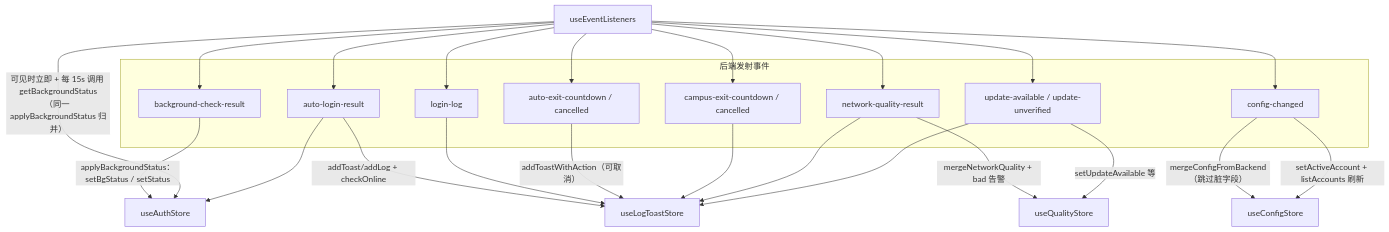
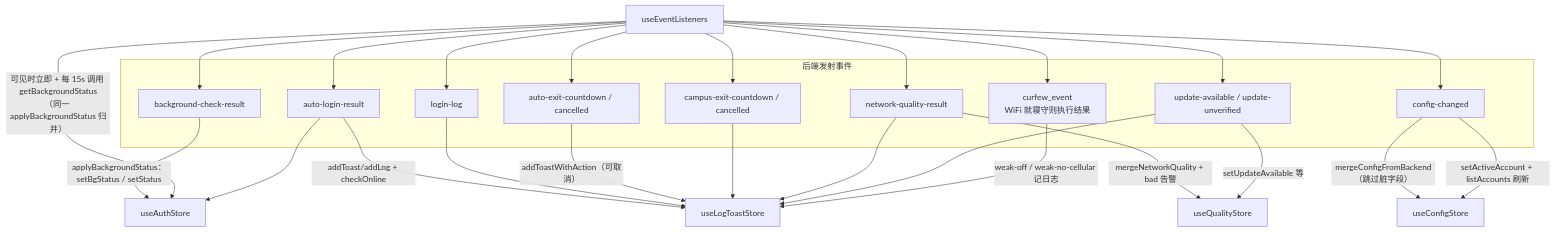
One commit to ikliml666/Wxxy-CampusLogin changed the fifth of 7 diagrams in .codewiki/modules/android-frontend-hooks-startup-orchestration.md. Above: the diagram before and after it, drawn with Mermaid. The commit also changed other lines of this file and 12 other files, not shown here.

````diff
--- a/.codewiki/modules/android-frontend-hooks-startup-orchestration.md
+++ b/.codewiki/modules/android-frontend-hooks-startup-orchestration.md
@@ -229,37 +229,40 @@
 ```mermaid
 flowchart TD
     subgraph Events["后端发射事件"]
         E1["background-check-result"]
         E2["auto-login-result"]
         E3["login-log"]
         E4["auto-exit-countdown / cancelled"]
         E5["campus-exit-countdown / cancelled"]
         E6["network-quality-result"]
         E7["update-available / update-unverified"]
         E8["config-changed"]
+        E9["curfew_event<br/>WiFi 就寝守则执行结果"]
     end
 
     EH["useEventListeners"]
     EH --> E1
     EH --> E2
     EH --> E3
     EH --> E4
     EH --> E5
     EH --> E6
     EH --> E7
     EH --> E8
+    EH --> E9
 
     E1 -->|"applyBackgroundStatus：setBgStatus / setStatus"| AS["useAuthStore"]
     EH -->|"可见时立即 + 每 15s 调用 getBackgroundStatus<br/>（同一 applyBackgroundStatus 归并）"| AS
     E2 -->|"addToast/addLog + checkOnline"| LTS["useLogToastStore"]
     E2 --> AS
     E3 --> LTS
     E4 -->|"addToastWithAction（可取消）"| LTS
     E5 --> LTS
     E6 -->|"mergeNetworkQuality + bad 告警"| QS["useQualityStore"]
     E6 --> LTS
     E7 -->|"setUpdateAvailable 等"| QS
     E7 --> LTS
     E8 -->|"mergeConfigFromBackend（跳过脏字段）"| CS["useConfigStore"]
     E8 -->|"setActiveAccount + listAccounts 刷新"| CS
+    E9 -->|"weak-off / weak-no-cellular 记日志"| LTS
 ```
````
